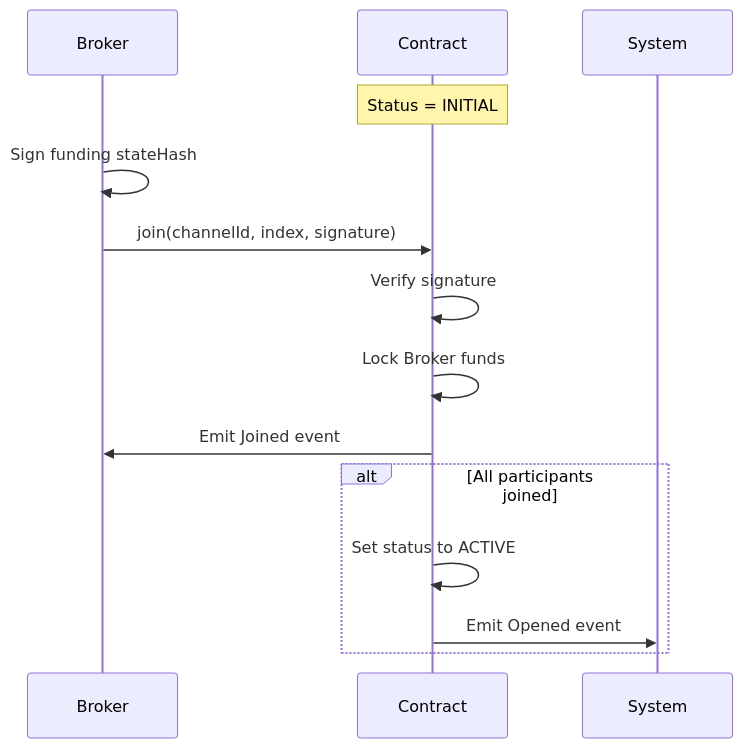
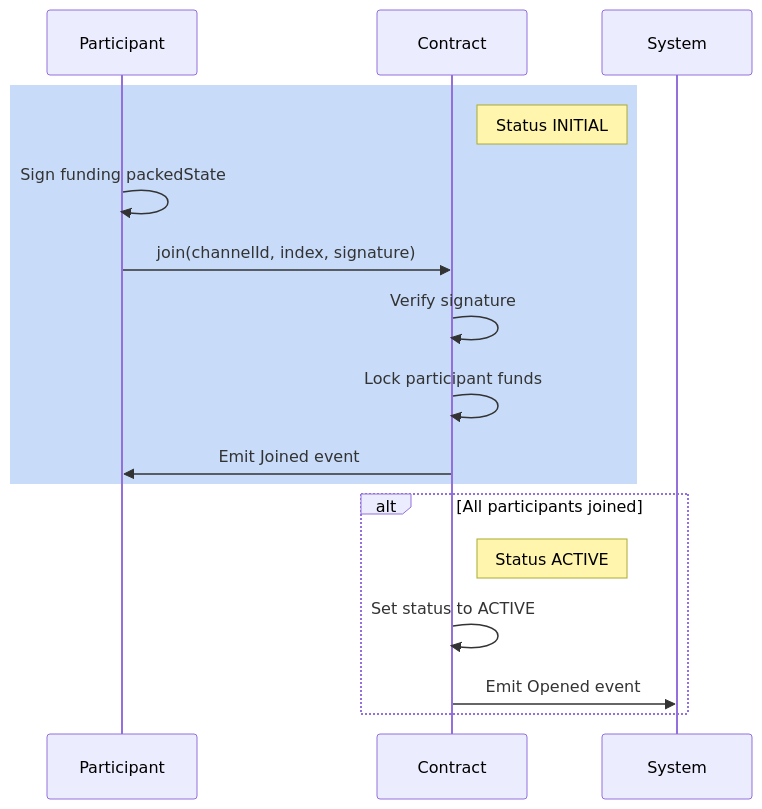
One commit to layer-3/docs changed the third of 10 diagrams in docs/protocol/on-chain/channel-lifecycle.mdx. Above: the diagram before and after it, drawn with Mermaid. The commit also changed other lines of this file and 3 other files, not shown here.

````diff
--- a/docs/protocol/on-chain/channel-lifecycle.mdx
+++ b/docs/protocol/on-chain/channel-lifecycle.mdx
@@ -82,18 +115,22 @@
 ```mermaid
 sequenceDiagram
-    participant Broker
-    participant Contract
-    participant System
-    
-    Note over Contract: Status = INITIAL
-    Broker->>Broker: Sign funding stateHash
-    Broker->>Contract: join(channelId, index, signature)
-    Contract->>Contract: Verify signature
-    Contract->>Contract: Lock Broker funds
-    Contract->>Broker: Emit Joined event
-    
+    participant P as Participant
+    participant C as Contract
+    participant S as System
+
+    rect rgb(200, 220, 250)
+    Note right of C: Status INITIAL
+    P->>P: Sign funding packedState
+    P->>C: join(channelId, index, signature)
+    C->>C: Verify signature
+    C->>C: Lock participant funds
+    C->>P: Emit Joined event
+    end
+
     alt All participants joined
-        Contract->>Contract: Set status to ACTIVE
-        Contract->>System: Emit Opened event
+        Note right of C: Status ACTIVE
+        C->>C: Set status to ACTIVE
+        C->>S: Emit Opened event
     end
+
 ```
````
